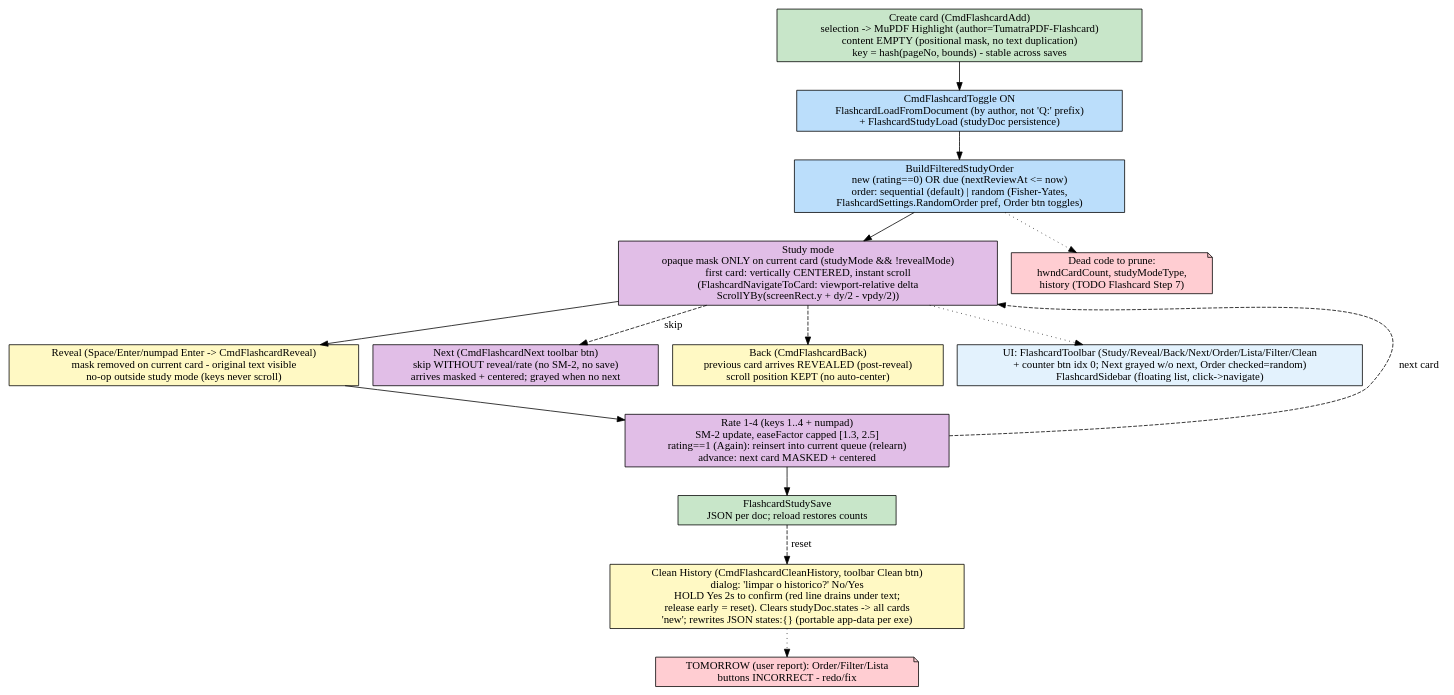
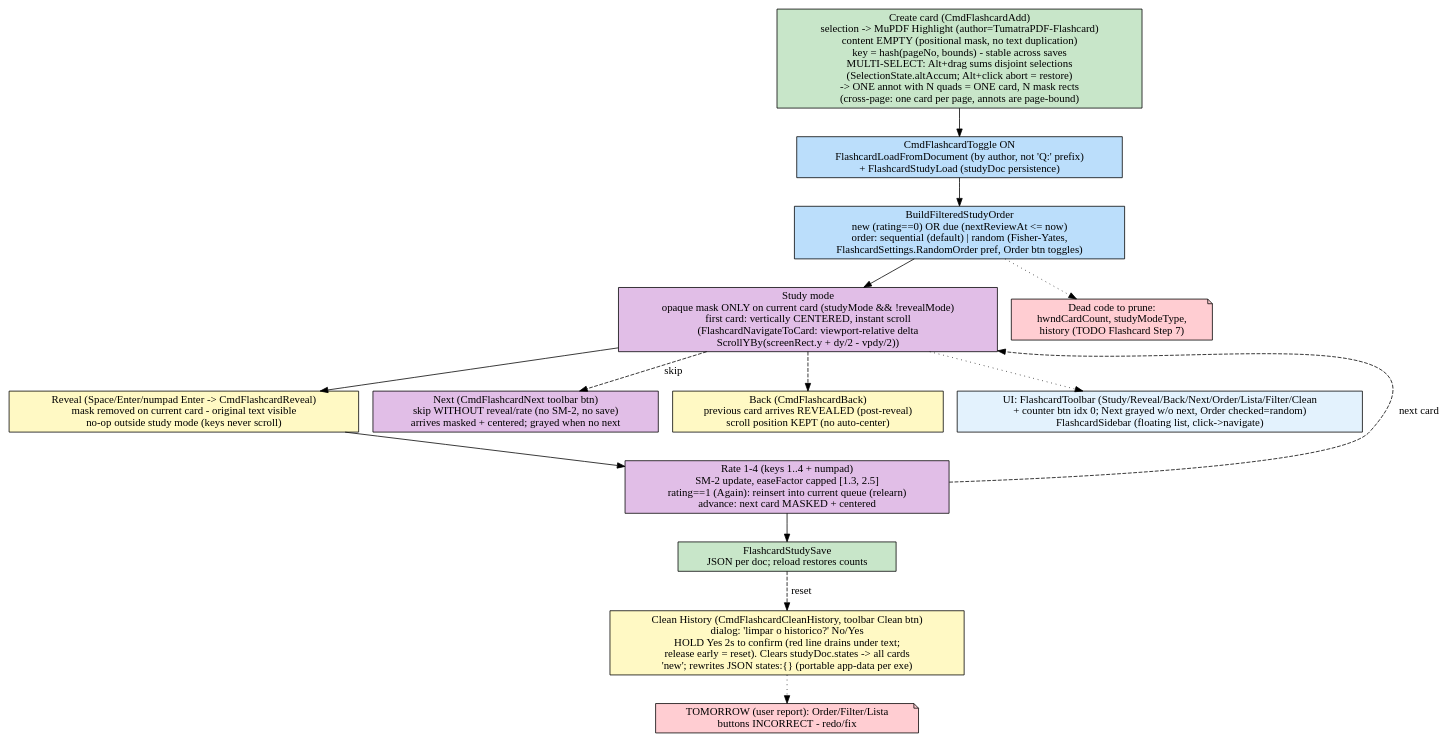
Before and after one commit to FelipeTesta/TumatraPDF: the diagram in FLOW/flashcard.dot, drawn with Graphviz. The commit also changed 8 other files, not shown here.

```diff
--- a/FLOW/flashcard.dot
+++ b/FLOW/flashcard.dot
@@ -1,30 +1,30 @@
 digraph Flashcard {
     rankdir=TB;
     node [shape=box, style=rounded];
 
-    create [label="Create card (CmdFlashcardAdd)\nselection -> MuPDF Highlight (author=TumatraPDF-Flashcard)\ncontent EMPTY (positional mask, no text duplication)\nkey = hash(pageNo, bounds) - stable across saves", fillcolor="#c8e6c9", style=filled];
+    create [label="Create card (CmdFlashcardAdd)\nselection -> MuPDF Highlight (author=TumatraPDF-Flashcard)\ncontent EMPTY (positional mask, no text duplication)\nkey = hash(pageNo, bounds) - stable across saves\nMULTI-SELECT: Alt+drag sums disjoint selections\n(SelectionState.altAccum; Alt+click abort = restore)\n-> ONE annot with N quads = ONE card, N mask rects\n(cross-page: one card per page, annots are page-bound)", fillcolor="#c8e6c9", style=filled];
     load [label="CmdFlashcardToggle ON\nFlashcardLoadFromDocument (by author, not 'Q:' prefix)\n+ FlashcardStudyLoad (studyDoc persistence)", fillcolor="#bbdefb", style=filled];
     filter [label="BuildFilteredStudyOrder\nnew (rating==0) OR due (nextReviewAt <= now)\norder: sequential (default) | random (Fisher-Yates,\nFlashcardSettings.RandomOrder pref, Order btn toggles)", fillcolor="#bbdefb", style=filled];
     study [label="Study mode\nopaque mask ONLY on current card (studyMode && !revealMode)\nfirst card: vertically CENTERED, instant scroll\n(FlashcardNavigateToCard: viewport-relative delta\nScrollYBy(screenRect.y + dy/2 - vpdy/2))", fillcolor="#e1bee7", style=filled];
     reveal [label="Reveal (Space/Enter/numpad Enter -> CmdFlashcardReveal)\nmask removed on current card - original text visible\nno-op outside study mode (keys never scroll)", fillcolor="#fff9c4", style=filled];
     rate [label="Rate 1-4 (keys 1..4 + numpad)\nSM-2 update, easeFactor capped [1.3, 2.5]\nrating==1 (Again): reinsert into current queue (relearn)\nadvance: next card MASKED + centered", fillcolor="#e1bee7", style=filled];
     next [label="Next (CmdFlashcardNext toolbar btn)\nskip WITHOUT reveal/rate (no SM-2, no save)\narrives masked + centered; grayed when no next", fillcolor="#e1bee7", style=filled];
     back [label="Back (CmdFlashcardBack)\nprevious card arrives REVEALED (post-reveal)\nscroll position KEPT (no auto-center)", fillcolor="#fff9c4", style=filled];
     persist [label="FlashcardStudySave\nJSON per doc; reload restores counts", fillcolor="#c8e6c9", style=filled];
 
     create -> load -> filter -> study -> reveal -> rate -> persist;
     rate -> study [style=dashed, label="next card"];
     study -> next [style=dashed, label="skip"];
     study -> back [style=dashed];
 
     clean [label="Clean History (CmdFlashcardCleanHistory, toolbar Clean btn)\ndialog: 'limpar o historico?' No/Yes\nHOLD Yes 2s to confirm (red line drains under text;\nrelease early = reset). Clears studyDoc.states -> all cards\n'new'; rewrites JSON states:{} (portable app-data per exe)", fillcolor="#fff9c4", style=filled];
     persist -> clean [style=dashed, label="reset"];
     pending [label="TOMORROW (user report): Order/Filter/Lista\nbuttons INCORRECT - redo/fix", shape=note, fillcolor="#ffcdd2", style=filled];
     clean -> pending [style=dotted];
 
     dead [label="Dead code to prune:\nhwndCardCount, studyModeType,\nhistory (TODO Flashcard Step 7)", shape=note, fillcolor="#ffcdd2", style=filled];
     filter -> dead [style=dotted];
 
     ui [label="UI: FlashcardToolbar (Study/Reveal/Back/Next/Order/Lista/Filter/Clean\n+ counter btn idx 0; Next grayed w/o next, Order checked=random)\nFlashcardSidebar (floating list, click->navigate)", shape=box, fillcolor="#e3f2fd", style=filled];
     study -> ui [style=dotted];
 }
```
